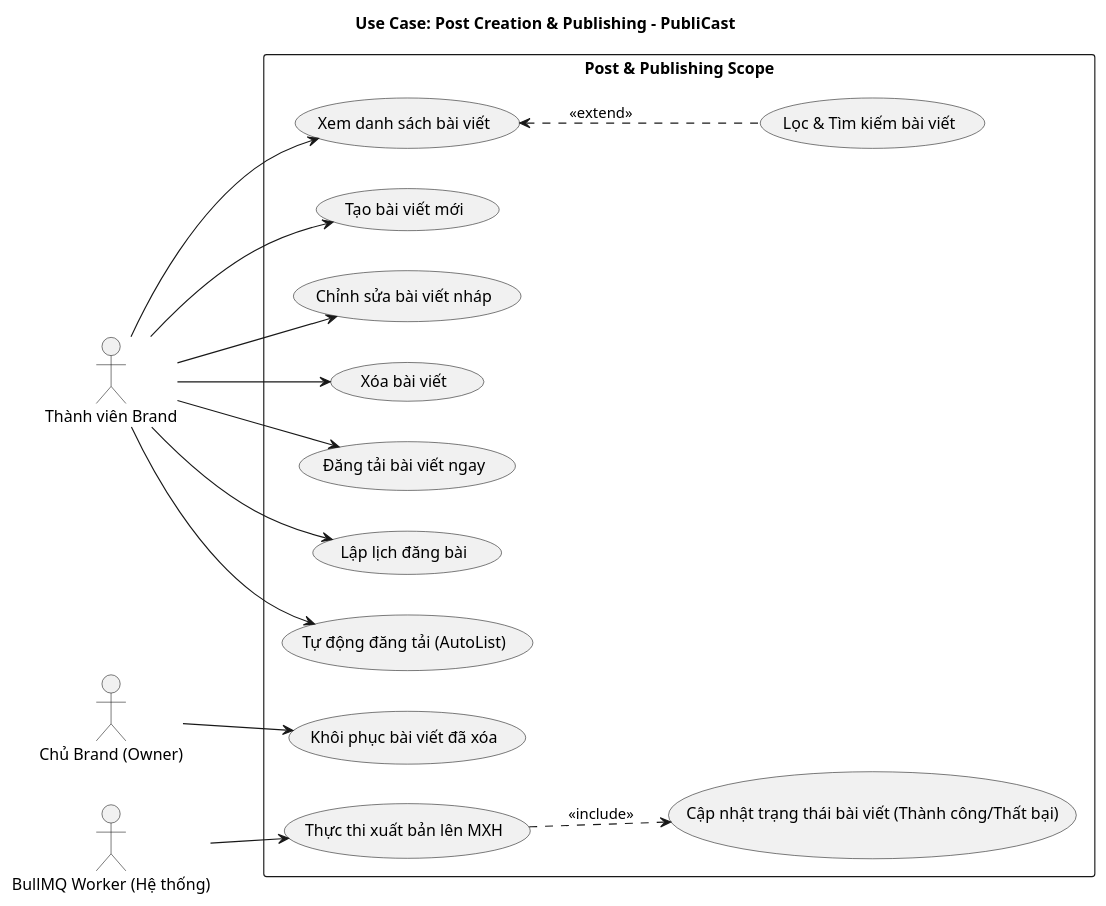
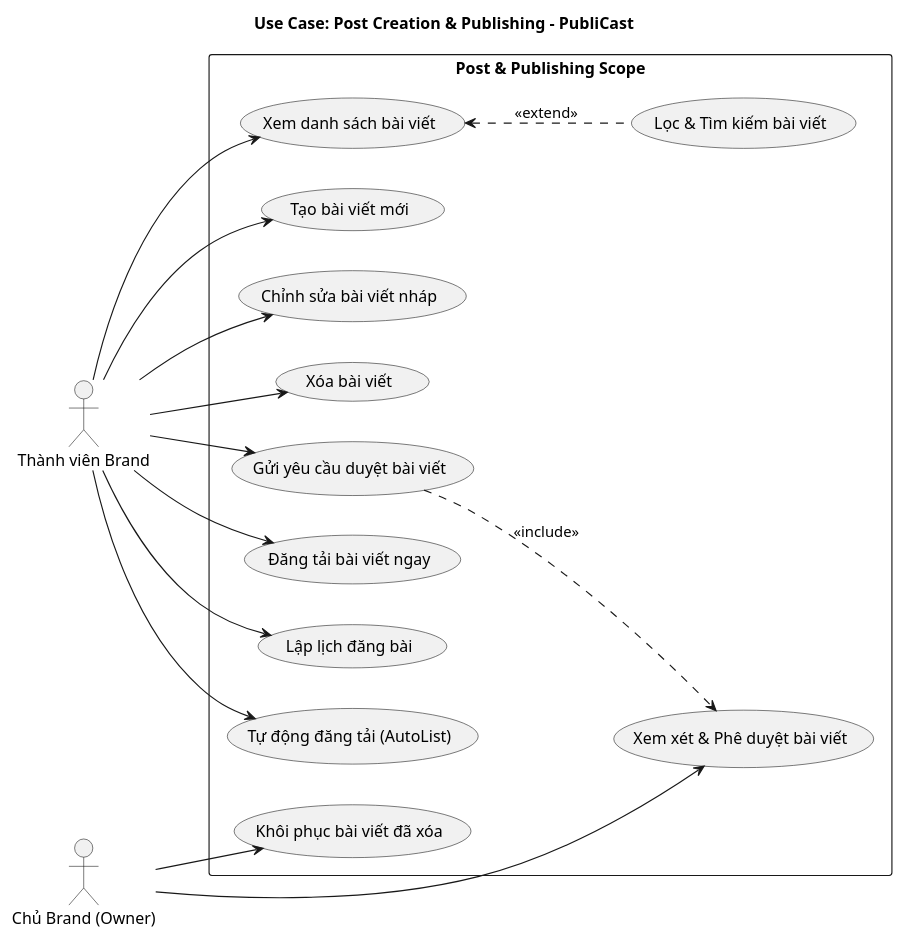
The diagram in docs/diagrams/usecase_post_publishing.puml (Nguyen-Thanh-Huy-io/FCAJ-AWS-Project), drawn with PlantUML before and after one commit. The commit also changed 34 other files, not shown here.

```diff
--- a/docs/diagrams/usecase_post_publishing.puml
+++ b/docs/diagrams/usecase_post_publishing.puml
@@ -1,49 +1,51 @@
 @startuml UseCase_Post_Publishing
 title Use Case: Post Creation & Publishing - PubliCast
 
 left to right direction
 skinparam monochrome true
 skinparam shading false
 
-
 actor "Thành viên Brand" as ActorMember
 actor "Chủ Brand (Owner)" as ActorOwner
-actor "BullMQ Worker (Hệ thống)" as ActorWorker
 
 rectangle "Post & Publishing Scope" {
+    ' Tra cứu & Quản lý bài viết
     usecase "Xem danh sách bài viết" as UC_GetPosts
     usecase "Lọc & Tìm kiếm bài viết" as UC_FilterPosts
     
     usecase "Tạo bài viết mới" as UC_CreatePost
     usecase "Chỉnh sửa bài viết nháp" as UC_UpdatePost
     usecase "Xóa bài viết" as UC_DeletePost
     usecase "Khôi phục bài viết đã xóa" as UC_RestorePost
     
+    ' Quy trình Phê duyệt (UC11)
+    usecase "Gửi yêu cầu duyệt bài viết" as UC_SubmitApproval
+    usecase "Xem xét & Phê duyệt bài viết" as UC_ReviewPost
+    
+    ' Lập lịch & Đăng bài (UC12, UC13)
     usecase "Đăng tải bài viết ngay" as UC_PublishNow
     usecase "Lập lịch đăng bài" as UC_SchedulePost
     usecase "Tự động đăng tải (AutoList)" as UC_AutoPublish
-    
-    usecase "Thực thi xuất bản lên MXH" as UC_ExecutePublish
-    usecase "Cập nhật trạng thái bài viết (Thành công/Thất bại)" as UC_UpdateStatus
 }
 
 ' Tra cứu bài viết
 ActorMember --> UC_GetPosts
 UC_GetPosts <.. UC_FilterPosts : <<extend>>
 
 ' Quản lý bài viết cơ bản
 ActorMember --> UC_CreatePost
 ActorMember --> UC_UpdatePost
 ActorMember --> UC_DeletePost
 ActorOwner --> UC_RestorePost
 
-' Xuất bản nội dung
+' Quy trình Phê duyệt
+ActorMember --> UC_SubmitApproval
+ActorOwner --> UC_ReviewPost
+UC_SubmitApproval ..> UC_ReviewPost : <<include>>
+
+' Lên lịch & Đăng bài
 ActorMember --> UC_PublishNow
 ActorMember --> UC_SchedulePost
 ActorMember --> UC_AutoPublish
 
-' Tương tác của tiến trình nền
-ActorWorker --> UC_ExecutePublish
-UC_ExecutePublish ..> UC_UpdateStatus : <<include>>
-
 @enduml
```
